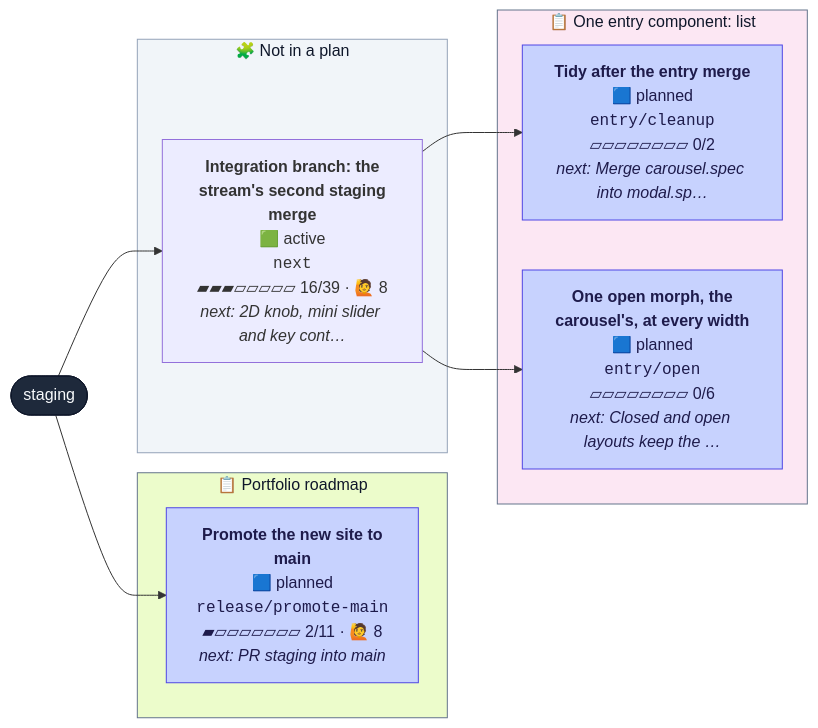
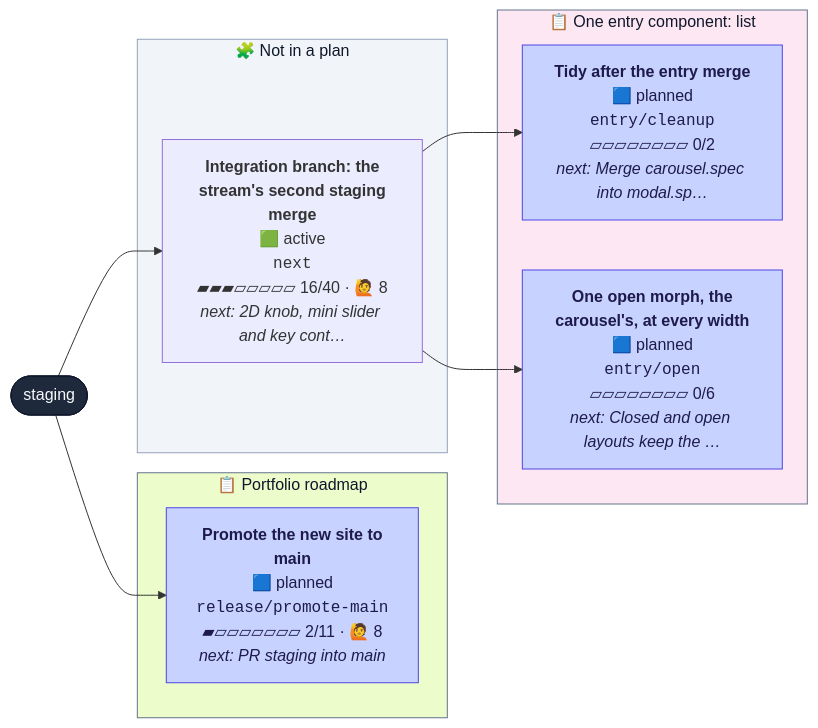
One commit to henryjonescodes/portfolio changed the second of 2 diagrams in CONTRIBUTING.md. Above: the diagram before and after it, drawn with Mermaid. The commit also changed other lines of this file, not shown here.

````diff
--- a/CONTRIBUTING.md
+++ b/CONTRIBUTING.md
@@ -37,33 +37,33 @@
 ```mermaid
 flowchart LR
   n_staging([staging])
   class n_staging trunk
   subgraph plan_1["📋 One entry component: list"]
     n_entry_cleanup["<b>Tidy after the entry merge</b><br/>🟦 planned<br/><code>entry/cleanup</code><br/>▱▱▱▱▱▱▱▱ 0/2<br/><i>next: Merge carousel.spec into modal.sp…</i>"]
     class n_entry_cleanup planned
     n_entry_open["<b>One open morph, the<br/>carousel's, at every width</b><br/>🟦 planned<br/><code>entry/open</code><br/>▱▱▱▱▱▱▱▱ 0/6<br/><i>next: Closed and open layouts keep the …</i>"]
     class n_entry_open planned
   end
   style plan_1 fill:#fce7f3,stroke:#64748b,color:#0f172a
   subgraph plan_2["📋 Portfolio roadmap"]
     n_release_promote_main["<b>Promote the new site to<br/>main</b><br/>🟦 planned<br/><code>release/promote-main</code><br/>▰▱▱▱▱▱▱▱ 2/11 · 🙋 8<br/><i>next: PR staging into main</i>"]
     class n_release_promote_main planned
   end
   style plan_2 fill:#ecfccb,stroke:#64748b,color:#0f172a
   subgraph loose["🧩 Not in a plan"]
-    n_next["<b>Integration branch: the<br/>stream's second staging<br/>merge</b><br/>🟩 active<br/><code>next</code><br/>▰▰▰▱▱▱▱▱ 16/39 · 🙋 8<br/><i>next: 2D knob, mini slider and key cont…</i>"]
+    n_next["<b>Integration branch: the<br/>stream's second staging<br/>merge</b><br/>🟩 active<br/><code>next</code><br/>▰▰▰▱▱▱▱▱ 16/40 · 🙋 8<br/><i>next: 2D knob, mini slider and key cont…</i>"]
     class n_next active,current
   end
   style loose fill:#f1f5f9,stroke:#94a3b8,color:#0f172a
   n_next --> n_entry_cleanup
   n_next --> n_entry_open
   n_staging --> n_next
   n_staging --> n_release_promote_main
   classDef planned fill:#c7d2fe,stroke:#4f46e5,color:#1e1b4b
   classDef sketched fill:#f8fafc,stroke:#64748b,stroke-dasharray:4 3,color:#334155
   classDef active fill:#bbf7d0,stroke:#16a34a,stroke-width:3px,color:#052e16
   classDef review fill:#fde68a,stroke:#d97706,stroke-width:3px,color:#451a03
   classDef blocked fill:#fecaca,stroke:#dc2626,stroke-width:3px,color:#450a0a
   classDef trunk fill:#1e293b,stroke:#0f172a,color:#f8fafc
   classDef current stroke:#0ea5e9,stroke-width:5px
 ```
````
